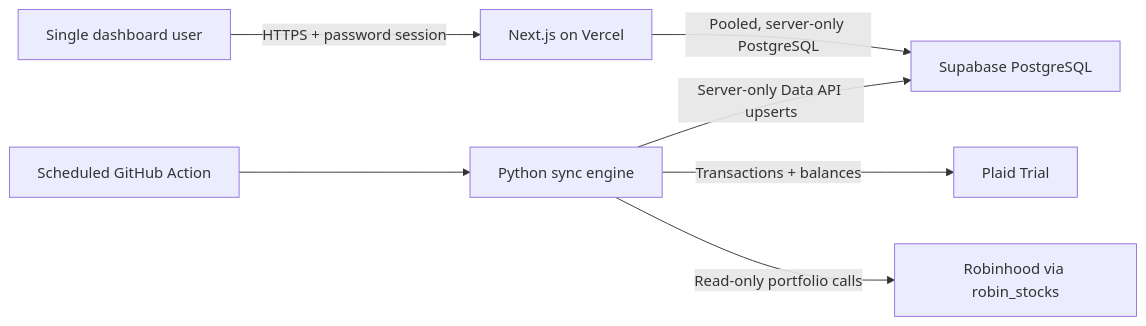
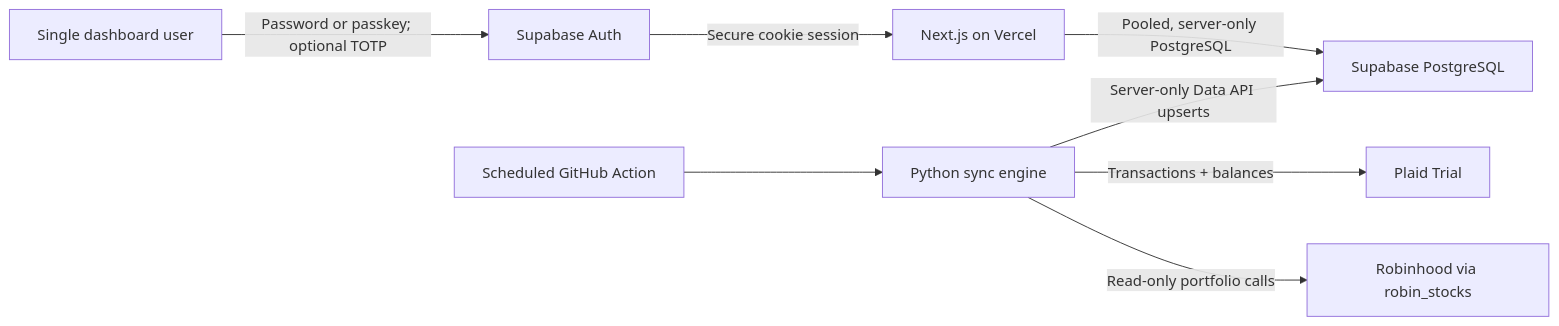
One commit to Jet612/free-finance changed the diagram in README.md. Above: the diagram before and after it, drawn with Mermaid. The commit also changed other lines of this file and 22 other files, not shown here.

````diff
--- a/README.md
+++ b/README.md
@@ -36,9 +37,10 @@
 ```mermaid
 flowchart LR
-    User["Single dashboard user"] -->|"HTTPS + password session"| Vercel["Next.js on Vercel"]
+    User["Single dashboard user"] -->|"Password or passkey; optional TOTP"| Auth["Supabase Auth"]
+    Auth -->|"Secure cookie session"| Vercel["Next.js on Vercel"]
     Vercel -->|"Pooled, server-only PostgreSQL"| Supabase["Supabase PostgreSQL"]
     Actions["Scheduled GitHub Action"] --> Sync["Python sync engine"]
     Sync -->|"Transactions + balances"| Plaid["Plaid Trial"]
     Sync -->|"Read-only portfolio calls"| Robinhood["Robinhood via robin_stocks"]
     Sync -->|"Server-only Data API upserts"| Supabase
 ```
````
